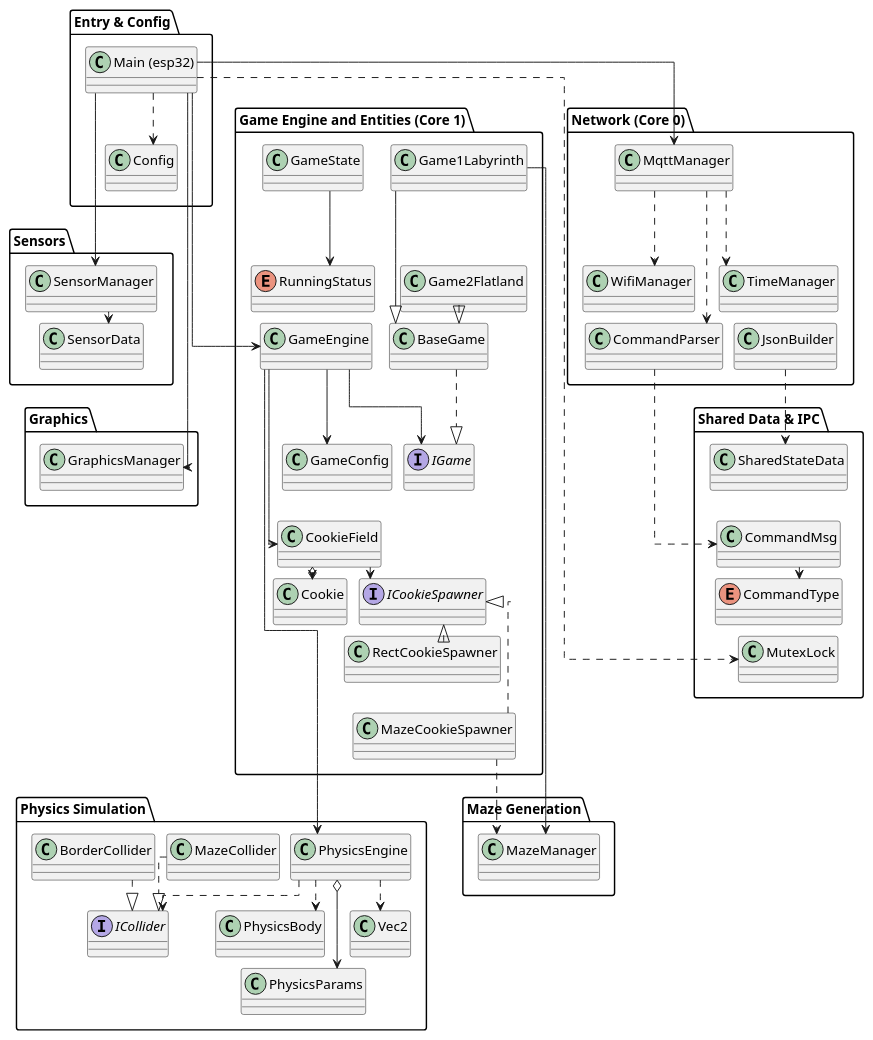
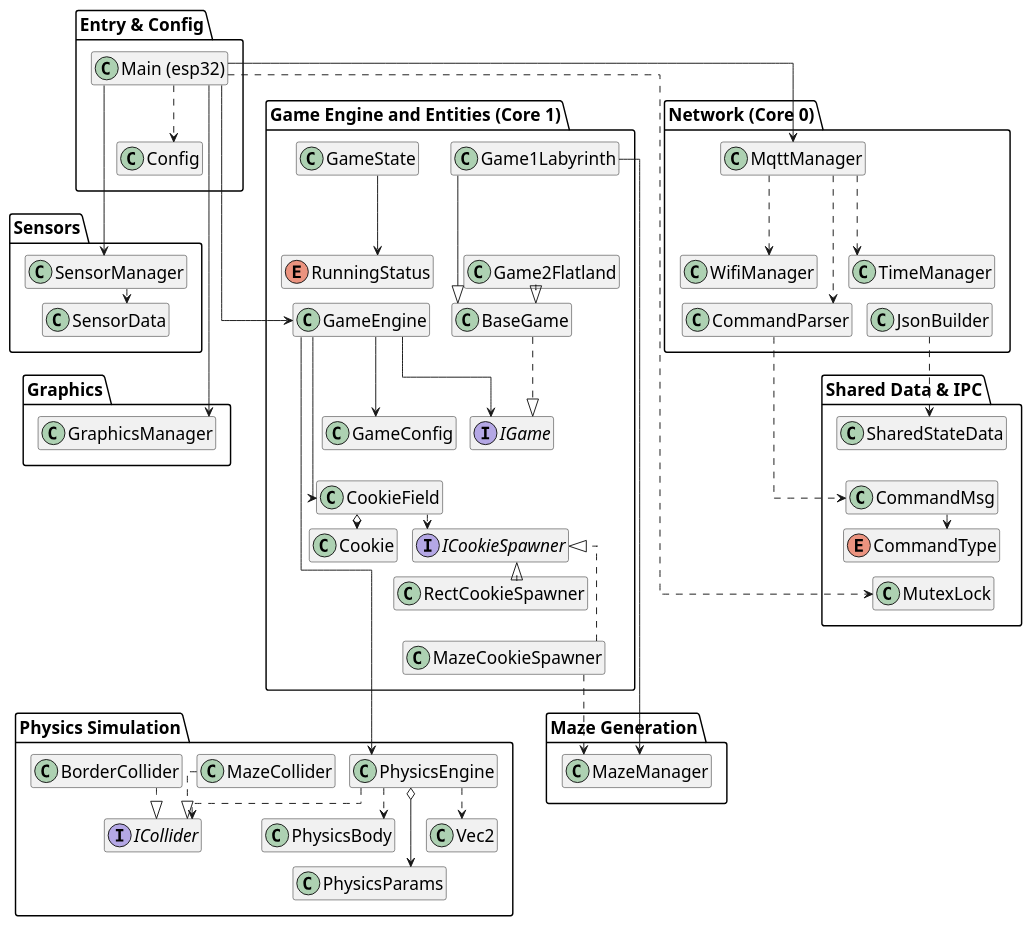
One commit to s-voelkl/BiteBound changed the diagram in doc/diagrams/src/hardware-architecture.puml. Above: the diagram before and after it, drawn with PlantUML. The commit also changed 5 other files, not shown here.

Commit message:
Adjust diagrams.

```diff
--- a/doc/diagrams/src/hardware-architecture.puml
+++ b/doc/diagrams/src/hardware-architecture.puml
@@ -1,173 +1,175 @@
 @startuml hardware-architecture
 top to bottom direction
 skinparam linetype ortho
-skinparam nodesep 12
-skinparam ranksep 12
+skinparam nodesep 15
+skinparam ranksep 15
+skinparam defaultFontSize 18
+hide members
 
 package "Entry & Config" as Layer1 {
     class "Main (esp32)" as Main
     class "Config" as Config
 }
 
 package "Sensors" as Layer4 {
     class SensorManager
     class SensorData
 }
 
 package "Graphics" as Layer8 {
     class GraphicsManager
 }
 
 package "Network (Core 0)" as Layer3 {
     class MqttManager
     class WifiManager
     class TimeManager
     class JsonBuilder
     class CommandParser
 }
 
 package "Shared Data & IPC" as Layer2 {
     class SharedStateData
     class CommandMsg
     enum CommandType
     class MutexLock
 }
 
 package "Game Engine and Entities (Core 1)" as Layer5 {
     class GameEngine
     class GameConfig
     interface IGame
     class BaseGame
     class Game1Labyrinth
     class Game2Flatland
     class CookieField
     class Cookie
     interface ICookieSpawner
     class RectCookieSpawner
     class MazeCookieSpawner
     class GameState
     enum RunningStatus
 }
 
 package "Physics Simulation" as Layer6 {
     class PhysicsEngine
     class PhysicsBody
     class PhysicsParams
     class Vec2
     interface ICollider
     class BorderCollider
     class MazeCollider
 }
 
 package "Maze Generation" as Layer7 {
     class MazeManager
 }
 
 
 ' STRICT VERTICAL LAYOUT FLOW (Package-to-Package Chaining)
 Config -[hidden]down-> SensorManager            
 SensorData -[hidden]down-> GraphicsManager       
 ' GraphicsManager -[hidden]down-> MqttManager      
 CommandParser -[hidden]down-> SharedStateData    
 Config -[hidden]right-> GameState
 MazeCookieSpawner -[hidden]down-> PhysicsEngine  
 ' CommandType -[hidden]left-> MazeManager                
 
 
 ' INTERNAL VERTICAL STACKING CONSTRAINTS
 
 ' Layer 1
 Main -[hidden]down-> Config
 
 ' Layer 4
 SensorManager -[hidden]down-> SensorData
 
 ' Layer 3
 ' MqttManager -[hidden]down-> WifiManager
 ' WifiManager -[hidden]down-> TimeManager
 TimeManager -[hidden]down-> JsonBuilder
 WifiManager -[hidden]down-> CommandParser
 
 ' Layer 2
 SharedStateData -[hidden]down-> CommandMsg
 CommandMsg -[hidden]down-> CommandType
 CommandType -[hidden]down-> MutexLock
 
 ' Layer 5 (Two narrow parallel columns)
 GameState -[hidden]down-> RunningStatus
 RunningStatus -[hidden]down-> GameEngine
 GameEngine -[hidden]down-> GameConfig
 GameConfig -[hidden]down-> CookieField
 ' CookieField -[hidden]right-> Cookie
 ' CookieField-[hidden]down-> ICookieSpawner
 ICookieSpawner -[hidden]down-> RectCookieSpawner
 RectCookieSpawner -[hidden]down-> MazeCookieSpawner
 
 Game1Labyrinth -[hidden]down-> Game2Flatland
 Game2Flatland -[hidden]down-> BaseGame
 BaseGame -[hidden]down-> IGame
 
 GameEngine -[hidden]right-> BaseGame
 
 ' Layer 6 (Two narrow parallel columns)
 PhysicsEngine -[hidden]down-> PhysicsBody
 PhysicsBody -[hidden]down-> PhysicsParams
 ' PhysicsParams -[hidden]down-> Vec2
 
 ' MazeCollider -[hidden]down-> BorderCollider
 BorderCollider -[hidden]down-> ICollider
 
 PhysicsEngine -[hidden]right-> MazeCollider
 
 ' RELATIONSHIPS & DEPENDENCIES
 
 ' --- Orchestration & Top-Level Dependencies ---
 Main --> SensorManager
 Main --> GameEngine
 Main --> GraphicsManager
 Main --> MqttManager
 Main ..> MutexLock
 Main ..> Config
 
 ' --- Shared IPC ---
 CommandMsg --> CommandType
 CommandParser ..> CommandMsg
 
 ' --- Network Layer ---
 MqttManager ..> WifiManager
 MqttManager ..> TimeManager
 MqttManager ..> CommandParser
 JsonBuilder ..> SharedStateData
 
 ' --- Sensor Layer ---
 SensorManager ..> SensorData
 
 ' --- Engine & Game Modes ---
 GameEngine --> IGame
 GameEngine --> GameConfig
 BaseGame ..|> IGame
 Game1Labyrinth --|> BaseGame
 Game2Flatland --|> BaseGame
 GameEngine --> CookieField
 GameEngine --> PhysicsEngine
 
 ' --- Gameplay Entities ---
 CookieField o--> Cookie
 CookieField ..> ICookieSpawner
 RectCookieSpawner ..|> ICookieSpawner
 MazeCookieSpawner ..|> ICookieSpawner
 GameState --> RunningStatus
 
 ' --- Physics Layer ---
 PhysicsEngine o--> PhysicsParams
 PhysicsEngine ..> PhysicsBody
 PhysicsEngine ..> Vec2
 PhysicsEngine ..> ICollider
 BorderCollider ..|> ICollider
 MazeCollider ..|> ICollider
 
 ' --- Maze & Graphics Layer ---
 Game1Labyrinth --> MazeManager
 MazeCookieSpawner ..> MazeManager
 
 @enduml
```
